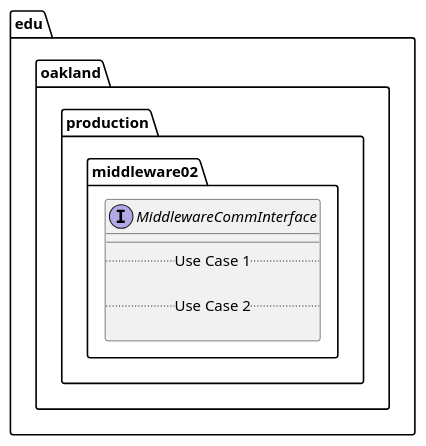
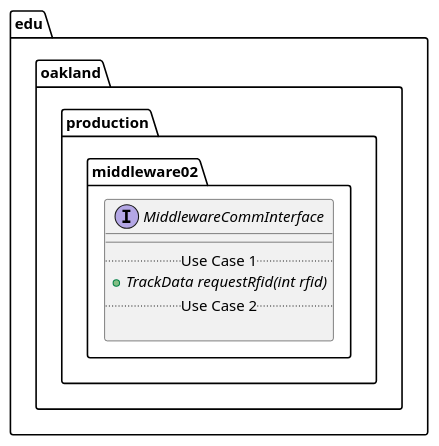
One commit to elilley15/csi-3370-software-project changed the diagram in docs/uml-class-diagrams/middleware02/production/MiddlewareCommInterface/MiddlewareCommInterface.puml. Above: the diagram before and after it, drawn with PlantUML. The commit also changed 3 other files, not shown here.

```diff
--- a/docs/uml-class-diagrams/middleware02/production/MiddlewareCommInterface/MiddlewareCommInterface.puml
+++ b/docs/uml-class-diagrams/middleware02/production/MiddlewareCommInterface/MiddlewareCommInterface.puml
@@ -1,13 +1,13 @@
 @startuml MiddlewareCommInterface
 
 package edu.oakland.production.middleware02 {
     interface MiddlewareCommInterface {
         __
         .. Use Case 1 ..
-
+        {abstract} + TrackData requestRfid(int rfid)
         .. Use Case 2 ..
 
     }
 }
 
 @enduml
```
